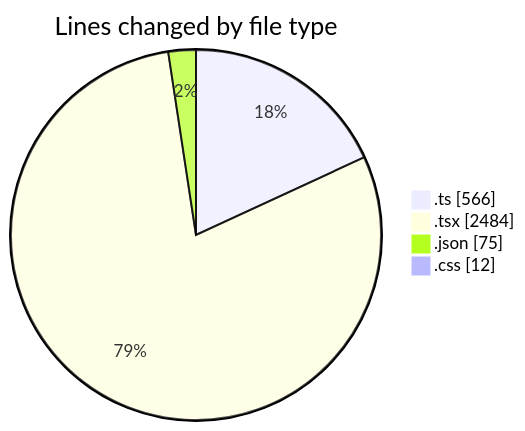
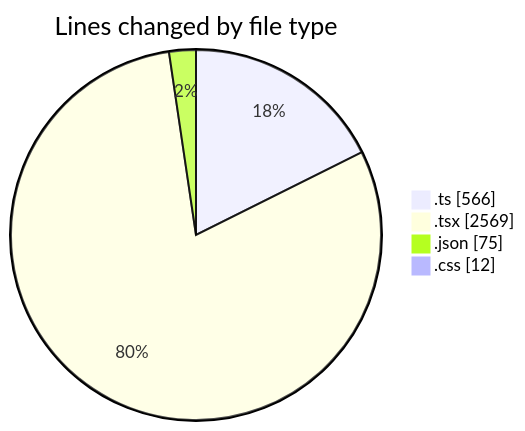
Before and after one commit to robertbonfada/code-tracking: the first of 2 diagrams in 2025-01-27/termonied-web/README.md, drawn with Mermaid. The commit also changed other lines of this file and 1 other file, not shown here.

````diff
--- a/2025-01-27/termonied-web/README.md
+++ b/2025-01-27/termonied-web/README.md
@@ -31,8 +31,8 @@
 ```mermaid
 pie showData
 title Lines changed by file type
 ".ts" : 566
-".tsx" : 2484
+".tsx" : 2569
 ".json" : 75
 ".css" : 12
 ```
````
